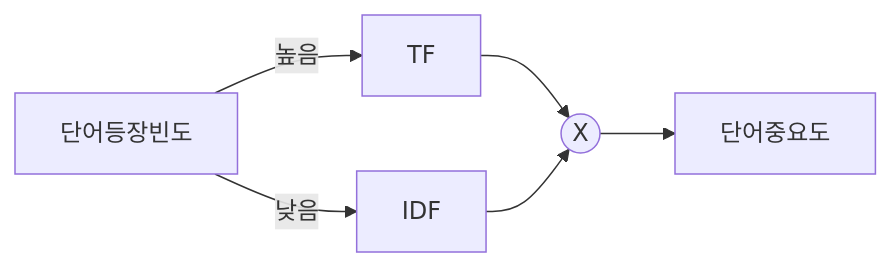
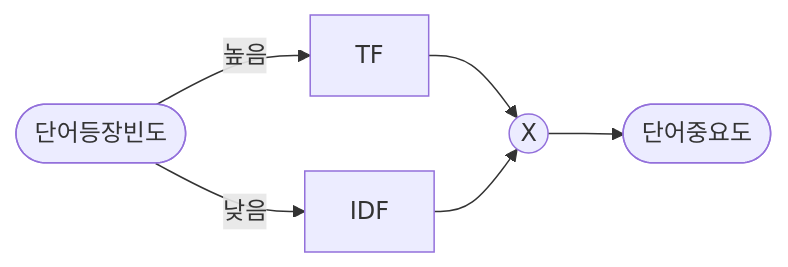
One commit to gracefullight/gracefullight.github.io changed the diagram in blog/pe/algo/tf-idf.md. Above: the diagram before and after it, drawn with Mermaid.

Commit message:
docs: 📚️ format

````diff
--- a/blog/pe/algo/tf-idf.md
+++ b/blog/pe/algo/tf-idf.md
@@ -13,7 +13,7 @@
 ```mermaid
 graph LR
-  단어등장빈도 --> |높음| TF --> X((X))
+  단어등장빈도([단어등장빈도]) --> |높음| TF --> X((X))
   단어등장빈도 --> |낮음| IDF --> X
 
-  X --> 단어중요도
+  X --> 단어중요도([단어중요도])
 ```
````
